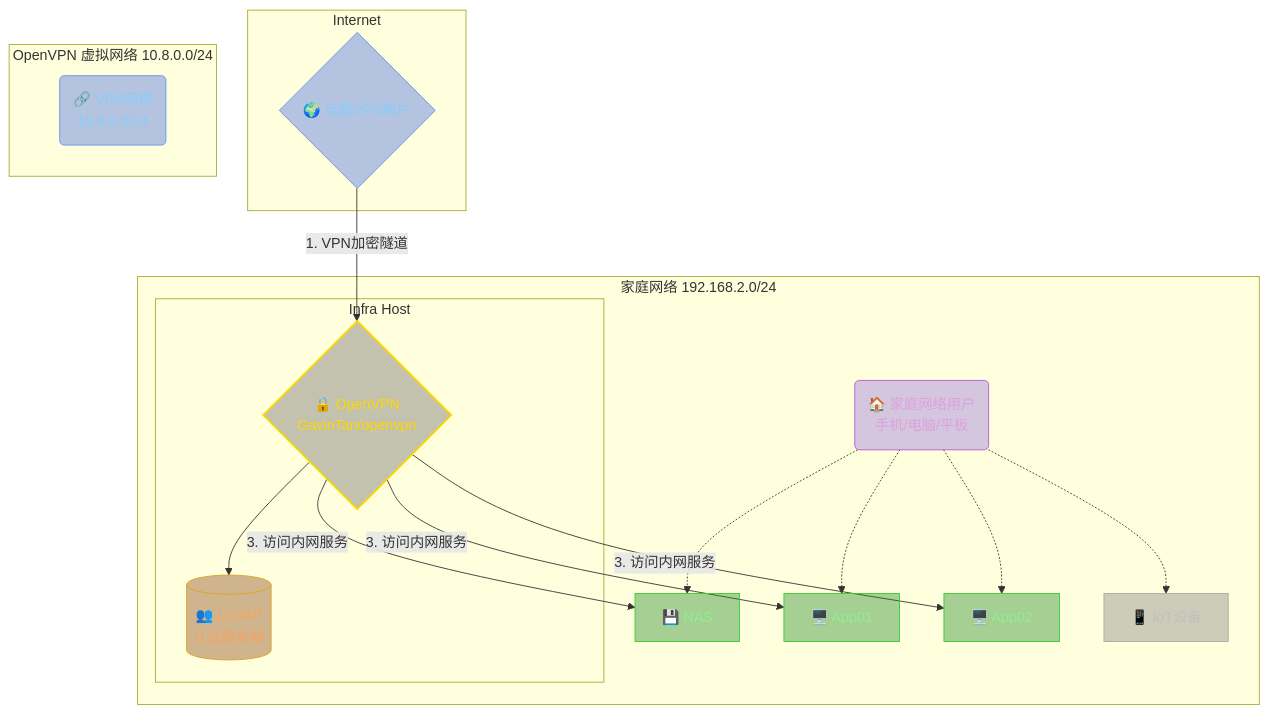
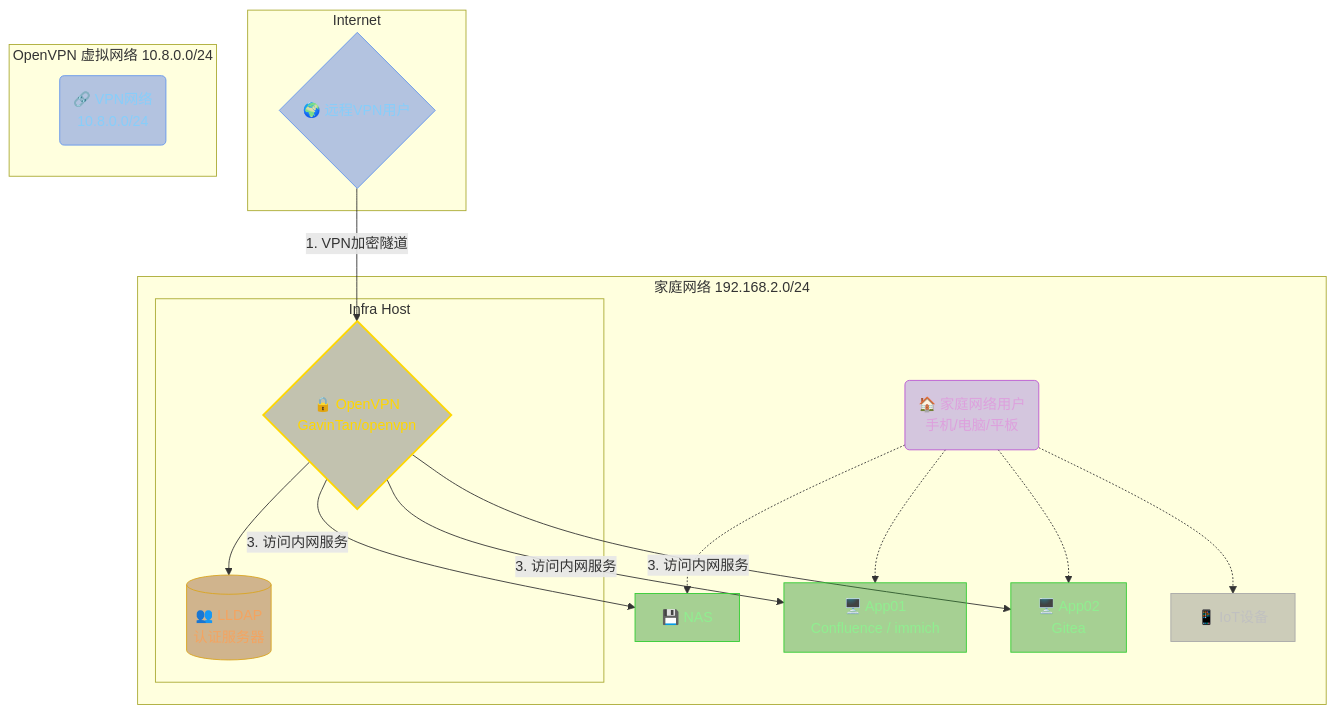
One commit to SkyHive/SkyHive.github.io changed the diagram in source/_posts/HomeLab系列-VPN.md. Above: the diagram before and after it, drawn with Mermaid. The commit also changed other lines of this file and 1 other file, not shown here.

````diff
--- a/source/_posts/HomeLab系列-VPN.md
+++ b/source/_posts/HomeLab系列-VPN.md
@@ -58,45 +58,45 @@
 ```mermaid
 flowchart TB
     A(🏠 家庭网络用户<br/>手机/电脑/平板)
     B{🔒 OpenVPN<br/>GavinTan/openvpn}
     C[(👥 LLDAP<br/>认证服务器)]
     D[💾 NAS]
-    E[🖥️ App01]
-    F[🖥️ App02]
+    E[🖥️ App01</br> Confluence / immich]
+    F[🖥️ App02</br> Gitea]
     G[📱 IoT设备]
     H{🌍 远程VPN用户}
     I(🔗 VPN网络<br/>10.8.0.0/24)
 
     subgraph 家庭网络 192.168.2.0/24
         A -.-> D & E & F & G
         subgraph Infra Host
             B --> C
         end
     end
 
     subgraph Internet
         H
     end
 
     subgraph OpenVPN 虚拟网络 10.8.0.0/24
         I
     end
 
     H -->|1. VPN加密隧道| B
     B -->|3. 访问内网服务| D
     B -->|3. 访问内网服务| E
     B -->|3. 访问内网服务| F
 
     classDef infra fill:#66666666,stroke:#ffd700,stroke-width:2px,color:#ffd700;
     classDef service fill:#228b2266,stroke:#32cd32,color:#90ee90;
     classDef vpn fill:#4169e166,stroke:#6495ed,color:#87cefa;
     classDef iot fill:#80808066,stroke:#a9a9a9,color:#c0c0c0;
     classDef user fill:#9370db66,stroke:#ba55d3,color:#dda0dd;
     classDef database fill:#8b451366,stroke:#daa520,color:#f4a460;
     class B infra;
     class C database;
     class D,E,F service;
     class G iot;
     class H,I vpn;
     class A user;
 ```
````
